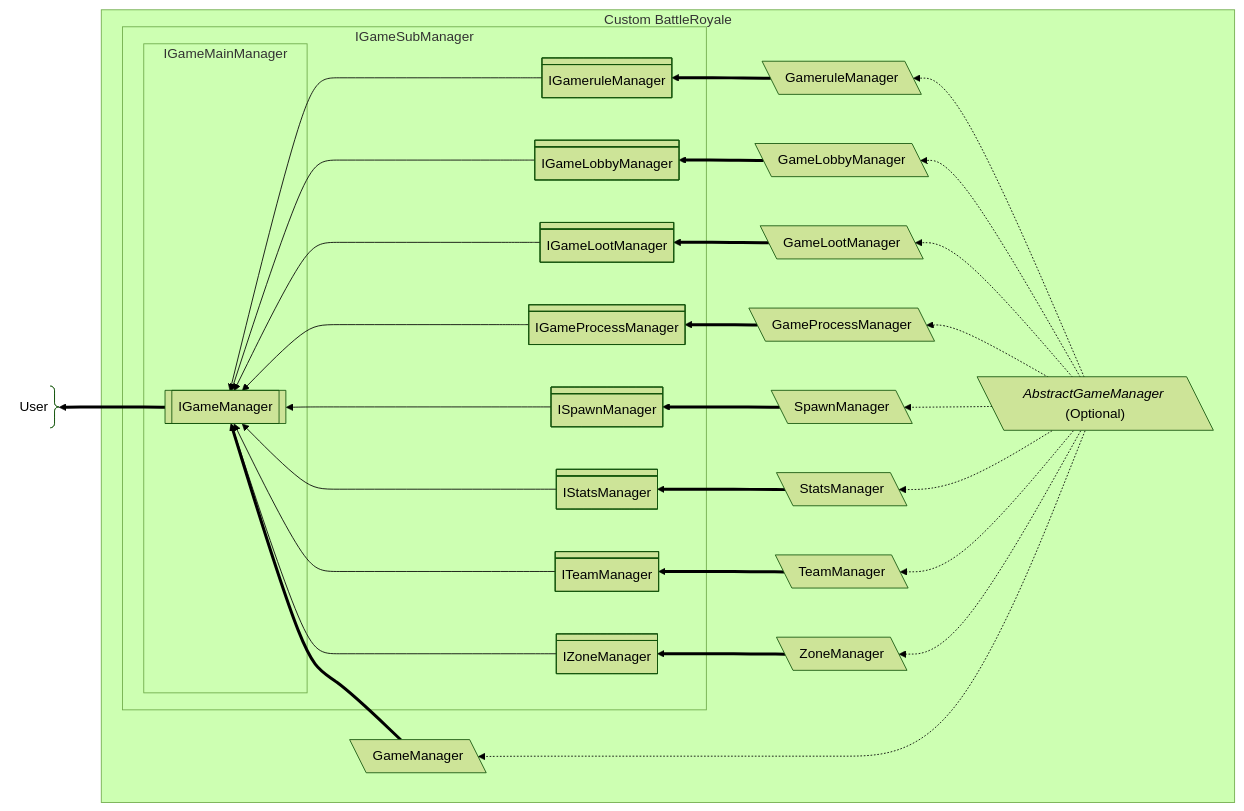
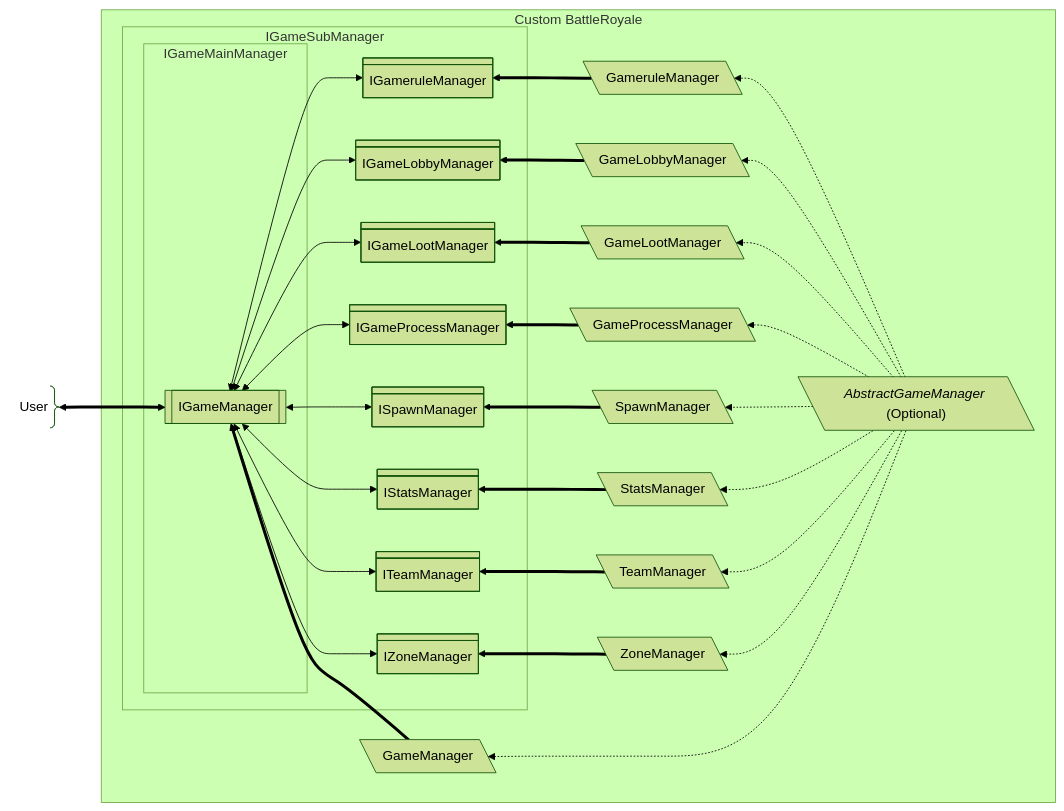
Before and after one commit to XColorful/BattleRoyale: the diagram in docs/architecture/common/game/game-framework.md, drawn with Mermaid (forest theme). The commit also changed 2 other files, not shown here.

Commit message:
docs: Isomorphic Fractals mermaid

````diff
--- a/docs/architecture/common/game/game-framework.md
+++ b/docs/architecture/common/game/game-framework.md
@@ -3,38 +3,38 @@
 ```mermaid
 flowchart RL
 	subgraph Custom BattleRoyale
 		%% --------IGameManager分形--------
 		subgraph IGameSubManager
 			subgraph IGameMainManager
 				IGameManager
 			end
-			IGameruleManager & IGameLobbyManager & IGameLootManager & IGameProcessManager & ISpawnManager & IStatsManager & ITeamManager & IZoneManager ---> IGameManager
+			IGameruleManager & IGameLobbyManager & IGameLootManager & IGameProcessManager & ISpawnManager & IStatsManager & ITeamManager & IZoneManager <--> IGameManager
 		end
 		
 		%% --------实现类--------
 		GameManager ==> IGameManager@{ shape: fr-rect }
 		GameruleManager ==> IGameruleManager@{ shape: div-rect }
 		GameLobbyManager ==> IGameLobbyManager@{ shape: div-rect }
 		GameLootManager ==> IGameLootManager@{ shape: div-rect }
 		GameProcessManager ==> IGameProcessManager@{ shape: div-rect }
 		SpawnManager ==> ISpawnManager@{ shape: div-rect }
 		StatsManager ==> IStatsManager@{ shape: div-rect }
 		TeamManager ==> ITeamManager@{ shape: div-rect }
 		ZoneManager ==> IZoneManager@{ shape: div-rect }
 		
 		%% --------切面父类（可选）--------
 		AbstractGameManager@{ shape: lean-l, label: "_AbstractGameManager_ (Optional)" }
 		AbstractGameManager -.-> GameManager@{ shape: lean-l }
 		AbstractGameManager -.-> GameruleManager@{ shape: lean-l }
 		AbstractGameManager -.-> GameLobbyManager@{ shape: lean-l }
 		AbstractGameManager -.-> GameLootManager@{ shape: lean-l }
 		AbstractGameManager -.-> GameProcessManager@{ shape: lean-l }
 		AbstractGameManager -.-> SpawnManager@{ shape: lean-l }
 		AbstractGameManager -.-> StatsManager@{ shape: lean-l }
 		AbstractGameManager -.-> TeamManager@{ shape: lean-l }
 		AbstractGameManager -.-> ZoneManager@{ shape: lean-l }
 	end
 
 	%% --------外部调用--------
-	IGameManager ==> User@{ shape: brace-r }
+	IGameManager <==> User@{ shape: brace-r }
 ```
````
